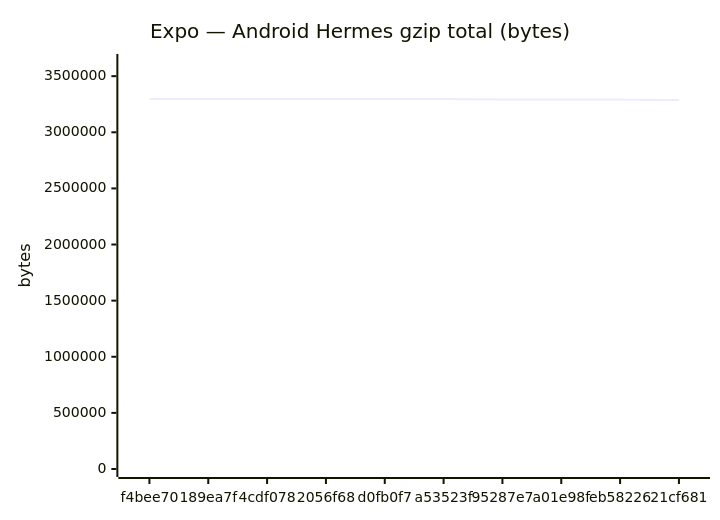
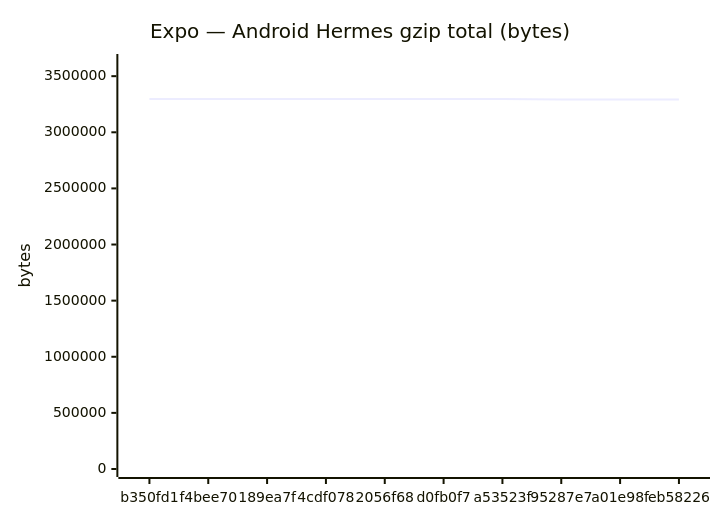
One commit to Metaheurist/Rianell changed the fifth of 18 diagrams in benchmarks/compare.md. Above: the diagram before and after it, drawn with Mermaid. The commit also changed other lines of this file and 11 other files, not shown here.

````diff
--- a/benchmarks/compare.md
+++ b/benchmarks/compare.md
@@ -89,7 +89,7 @@
 ```mermaid
 xychart-beta
     title "Expo — Android Hermes gzip total (bytes)"
-    x-axis ["f4bee70", "189ea7f", "4cdf078", "2056f68", "d0fb0f7", "a53523f", "95287e7", "a01e98f", "eb58226", "21cf681"]
+    x-axis ["b350fd1", "f4bee70", "189ea7f", "4cdf078", "2056f68", "d0fb0f7", "a53523f", "95287e7", "a01e98f", "eb58226"]
     y-axis "bytes" 0 --> 3626296
-    line [3296632, 3296023, 3295973, 3295761, 3295758, 3295757, 3291461, 3291455, 3291464, 3287427]
+    line [3296025, 3296632, 3296023, 3295973, 3295761, 3295758, 3295757, 3291461, 3291455, 3291464]
 ```
````
